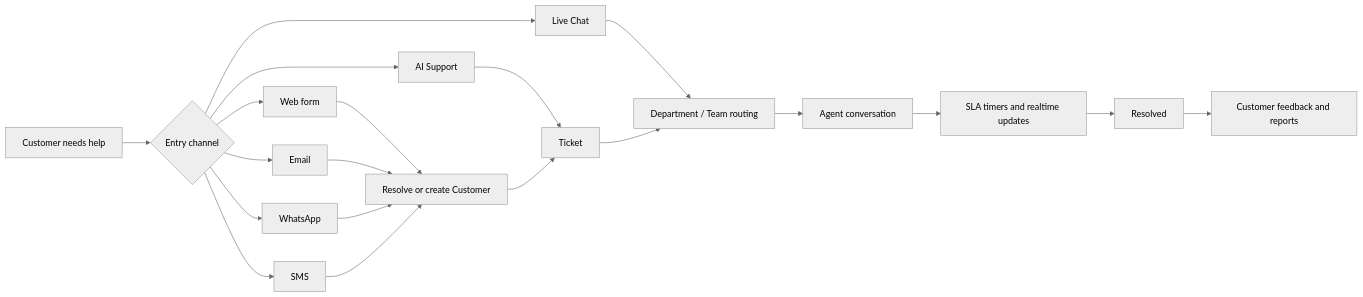
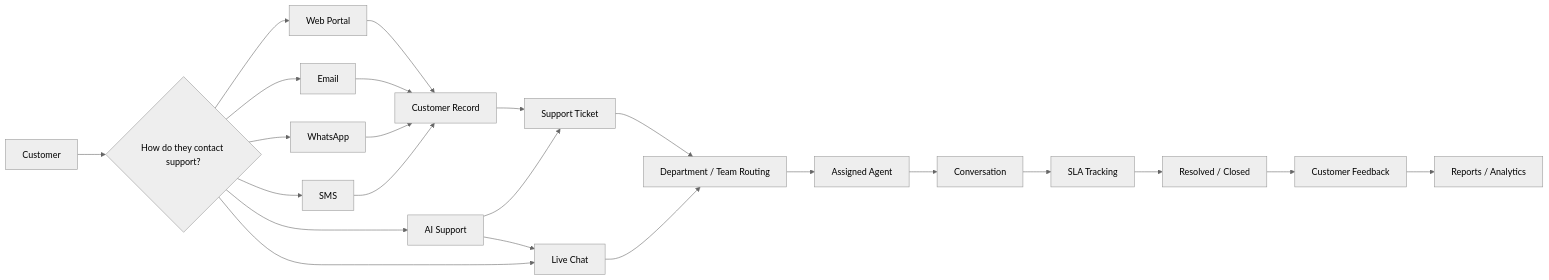
One commit to bahaayoussof/crm changed the first of 12 diagrams in README.md. Above: the diagram before and after it, drawn with Mermaid (neutral theme). The commit also changed other lines of this file, not shown here.

````diff
--- a/README.md
+++ b/README.md
@@ -55,42 +25,43 @@
 ```mermaid
 flowchart LR
-    Customer[Customer needs help]
-    Entry{Entry channel}
+    Customer["Customer"]
+    Channel{"How do they contact support?"}
+    Portal["Web Portal"]
+    Email["Email"]
+    WhatsApp["WhatsApp"]
+    SMS["SMS"]
+    AI["AI Support"]
+    Live["Live Chat"]
+    CustomerRecord["Customer Record"]
+    Ticket["Support Ticket"]
+    Routing["Department / Team Routing"]
+    Agent["Assigned Agent"]
+    Conversation["Conversation"]
+    SLA["SLA Tracking"]
+    Resolution["Resolved / Closed"]
+    Feedback["Customer Feedback"]
+    Reports["Reports / Analytics"]
 
-    Web[Web form]
-    Email[Email]
-    WA[WhatsApp]
-    SMS[SMS]
-    AI[AI Support]
-    Live[Live Chat]
-
-    Identify[Resolve or create Customer]
-    Ticket[Ticket]
-    Route[Department / Team routing]
-    Agent[Agent conversation]
-    SLA[SLA timers and realtime updates]
-    Resolve[Resolved]
-    Feedback[Customer feedback and reports]
-
-    Customer --> Entry
-    Entry --> Web
-    Entry --> Email
-    Entry --> WA
-    Entry --> SMS
-    Entry --> AI
-    Entry --> Live
-
-    Web --> Identify
-    Email --> Identify
-    WA --> Identify
-    SMS --> Identify
+    Customer --> Channel
+    Channel --> Portal
+    Channel --> Email
+    Channel --> WhatsApp
+    Channel --> SMS
+    Channel --> AI
+    Channel --> Live
+    Portal --> CustomerRecord
+    Email --> CustomerRecord
+    WhatsApp --> CustomerRecord
+    SMS --> CustomerRecord
+    CustomerRecord --> Ticket
     AI --> Ticket
-    Live --> Route
-
-    Identify --> Ticket
-    Ticket --> Route
-    Route --> Agent
-    Agent --> SLA
-    SLA --> Resolve
-    Resolve --> Feedback
+    AI --> Live
+    Live --> Routing
+    Ticket --> Routing
+    Routing --> Agent
+    Agent --> Conversation
+    Conversation --> SLA
+    SLA --> Resolution
+    Resolution --> Feedback
+    Feedback --> Reports
 ```
````
